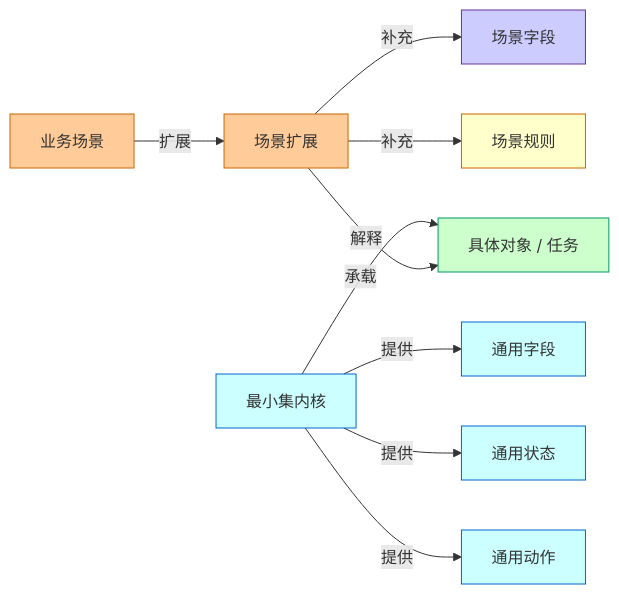
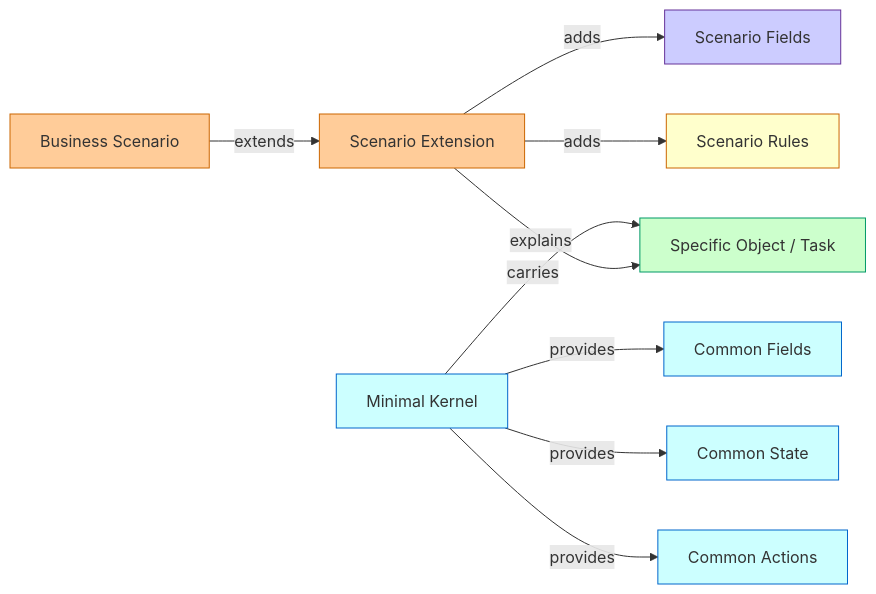
One commit to xyjunco/junco-skill changed the first of 5 diagrams in references/platform-patterns.md. Above: the diagram before and after it, drawn with Mermaid. The commit also changed other lines of this file and 6 other files, not shown here.

````diff
--- a/references/platform-patterns.md
+++ b/references/platform-patterns.md
@@ -27,25 +27,25 @@
 ```mermaid
 graph LR
-  Core["最小集内核"] -- "提供" --> CommonFields["通用字段"]
-  Core -- "提供" --> CommonState["通用状态"]
-  Core -- "提供" --> CommonAction["通用动作"]
-  Scenario["业务场景"] -- "扩展" --> Extension["场景扩展"]
-  Extension -- "补充" --> SceneFields["场景字段"]
-  Extension -- "补充" --> SceneRules["场景规则"]
-  Core -- "承载" --> Task["具体对象 / 任务"]
-  Extension -- "解释" --> Task
+  Core["Minimal Kernel"] -- "provides" --> CommonFields["Common Fields"]
+  Core -- "provides" --> CommonState["Common State"]
+  Core -- "provides" --> CommonAction["Common Actions"]
+  Scenario["Business Scenario"] -- "extends" --> Extension["Scenario Extension"]
+  Extension -- "adds" --> SceneFields["Scenario Fields"]
+  Extension -- "adds" --> SceneRules["Scenario Rules"]
+  Core -- "carries" --> Task["Specific Object / Task"]
+  Extension -- "explains" --> Task
 
   class Core,CommonFields,CommonState,CommonAction core;
   class Scenario,Extension actor;
   class SceneFields data;
   class SceneRules control;
   class Task runtime;
 
   classDef actor fill:#FFCC99,stroke:#CC6600,color:#333333;
   classDef core fill:#CCFFFF,stroke:#0066CC,color:#333333;
   classDef runtime fill:#CCFFCC,stroke:#009966,color:#333333;
   classDef control fill:#FFFFCC,stroke:#CC6600,color:#333333;
   classDef data fill:#CCCCFF,stroke:#663399,color:#333333;
   classDef risk fill:#FFCCCC,stroke:#CC3333,color:#333333;
   classDef neutral fill:#FFFFFF,stroke:#999999,color:#333333;
 ```
````
